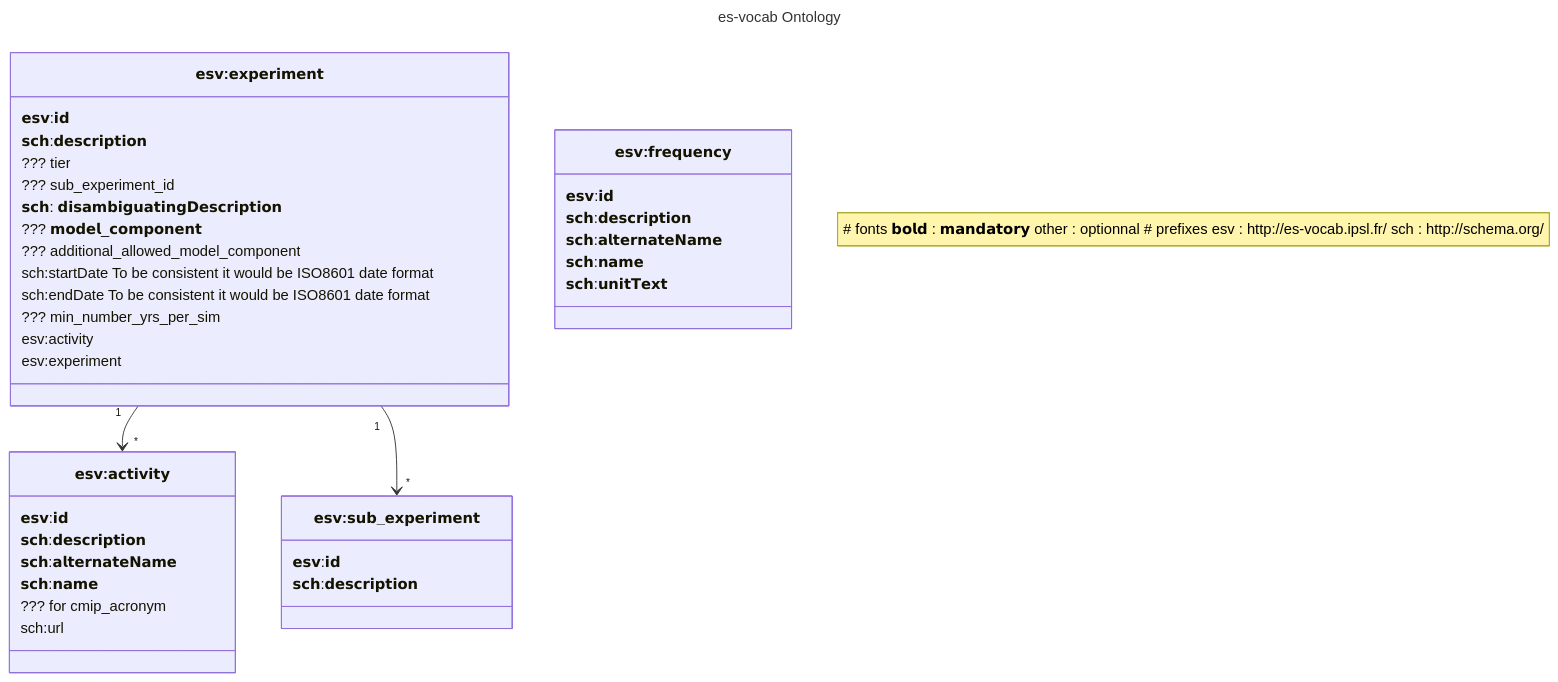
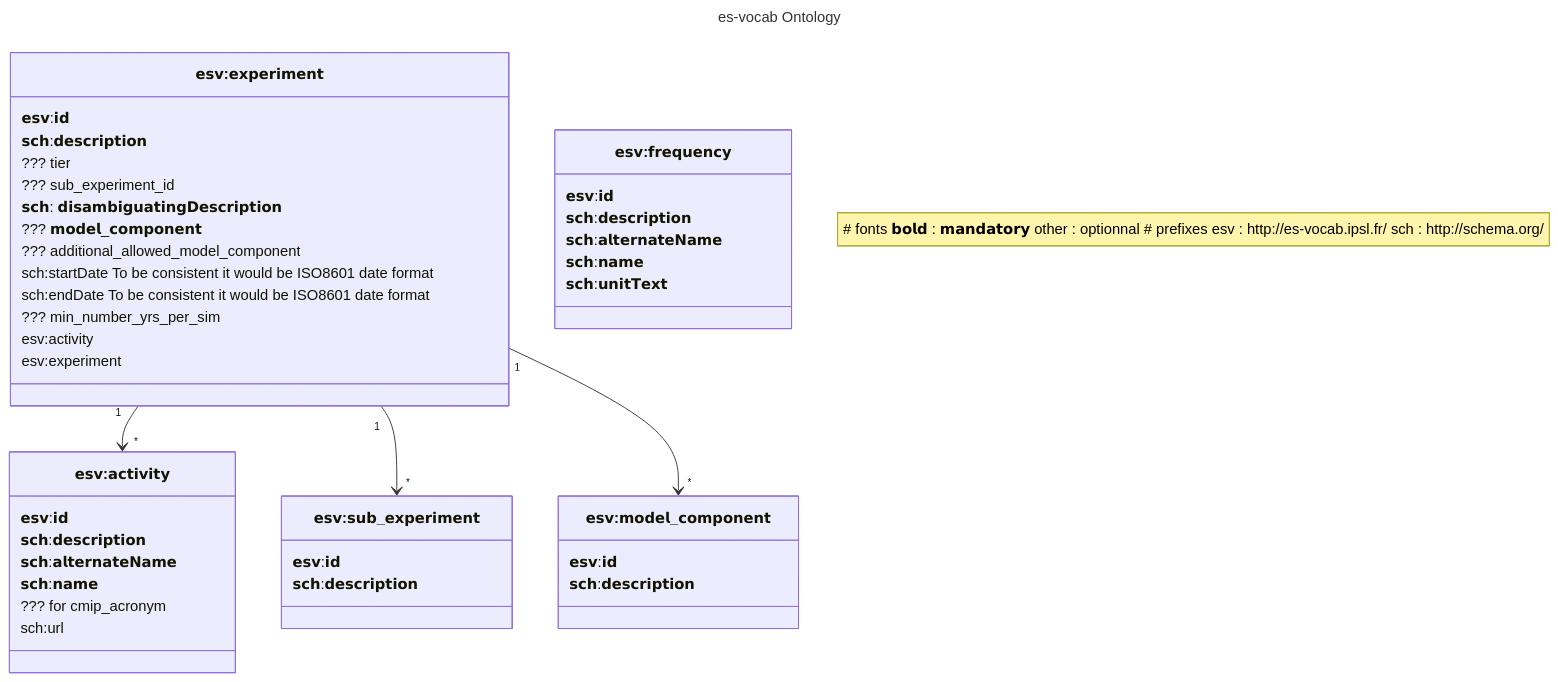
The second of 2 diagrams in TODO.md (PCMDI/mip-cmor-tables), drawn with Mermaid before and after one commit. The commit also changed other lines of this file and 14 other files, not shown here.

````diff
--- a/TODO.md
+++ b/TODO.md
@@ -141,64 +147,72 @@
 ``` mermaid
 ---
 title: es-vocab Ontology
 
 ---
 classDiagram
     note "
     # fonts
     𝗯𝗼𝗹𝗱 : 𝗺𝗮𝗻𝗱𝗮𝘁𝗼𝗿𝘆
     other : optionnal
     
     # prefixes
     esv : http://es-vocab.ipsl.fr/
     sch : http://schema.org/
     "
     `𝗲𝘀𝘃:𝗲𝘅𝗽𝗲𝗿𝗶𝗺𝗲𝗻𝘁` "1" --> "*" `𝗲𝘀𝘃:𝗮𝗰𝘁𝗶𝘃𝗶𝘁𝘆`
     `𝗲𝘀𝘃:𝗲𝘅𝗽𝗲𝗿𝗶𝗺𝗲𝗻𝘁` "1" --> "*" `𝗲𝘀𝘃:𝘀𝘂𝗯_𝗲𝘅𝗽𝗲𝗿𝗶𝗺𝗲𝗻𝘁`
+    `𝗲𝘀𝘃:𝗲𝘅𝗽𝗲𝗿𝗶𝗺𝗲𝗻𝘁` "1" --> "*" `𝗲𝘀𝘃:𝗺𝗼𝗱𝗲𝗹_𝗰𝗼𝗺𝗽𝗼𝗻𝗲𝗻𝘁`
 
 
 
     class `𝗲𝘀𝘃:𝗳𝗿𝗲𝗾𝘂𝗲𝗻𝗰𝘆`{
     𝗲𝘀𝘃:𝗶𝗱
     𝘀𝗰𝗵:𝗱𝗲𝘀𝗰𝗿𝗶𝗽𝘁𝗶𝗼𝗻
     𝘀𝗰𝗵:𝗮𝗹𝘁𝗲𝗿𝗻𝗮𝘁𝗲𝗡𝗮𝗺𝗲
     𝘀𝗰𝗵:𝗻𝗮𝗺𝗲
     𝘀𝗰𝗵:𝘂𝗻𝗶𝘁𝗧𝗲𝘅𝘁
     
     }
     class `𝗲𝘀𝘃:𝗮𝗰𝘁𝗶𝘃𝗶𝘁𝘆`{
     𝗲𝘀𝘃:𝗶𝗱
     𝘀𝗰𝗵:𝗱𝗲𝘀𝗰𝗿𝗶𝗽𝘁𝗶𝗼𝗻
     𝘀𝗰𝗵:𝗮𝗹𝘁𝗲𝗿𝗻𝗮𝘁𝗲𝗡𝗮𝗺𝗲
     𝘀𝗰𝗵:𝗻𝗮𝗺𝗲
     ??? for cmip_acronym
     sch:url 
 
     }
     
     class `𝗲𝘀𝘃:𝗲𝘅𝗽𝗲𝗿𝗶𝗺𝗲𝗻𝘁`{
         𝗲𝘀𝘃:𝗶𝗱
         𝘀𝗰𝗵:𝗱𝗲𝘀𝗰𝗿𝗶𝗽𝘁𝗶𝗼𝗻
         ??? tier
         ??? sub_experiment_id
         𝘀𝗰𝗵: 𝗱𝗶𝘀𝗮𝗺𝗯𝗶𝗴𝘂𝗮𝘁𝗶𝗻𝗴𝗗𝗲𝘀𝗰𝗿𝗶𝗽𝘁𝗶𝗼𝗻 
         ??? 𝗺𝗼𝗱𝗲𝗹_𝗰𝗼𝗺𝗽𝗼𝗻𝗲𝗻𝘁
         ??? additional_allowed_model_component
         sch:startDate To be consistent it would be ISO8601 date format
         sch:endDate To be consistent it would be ISO8601 date format
         ??? min_number_yrs_per_sim
         esv:activity
         esv:experiment
     }
 
      class `𝗲𝘀𝘃:𝘀𝘂𝗯_𝗲𝘅𝗽𝗲𝗿𝗶𝗺𝗲𝗻𝘁`{
         𝗲𝘀𝘃:𝗶𝗱
         𝘀𝗰𝗵:𝗱𝗲𝘀𝗰𝗿𝗶𝗽𝘁𝗶𝗼𝗻
         } 
 
+    class `𝗲𝘀𝘃:𝗺𝗼𝗱𝗲𝗹_𝗰𝗼𝗺𝗽𝗼𝗻𝗲𝗻𝘁`{
+        𝗲𝘀𝘃:𝗶𝗱
+        𝘀𝗰𝗵:𝗱𝗲𝘀𝗰𝗿𝗶𝗽𝘁𝗶𝗼𝗻
+        } 
+
+
+
 
 
     
 
 
 ```
````
